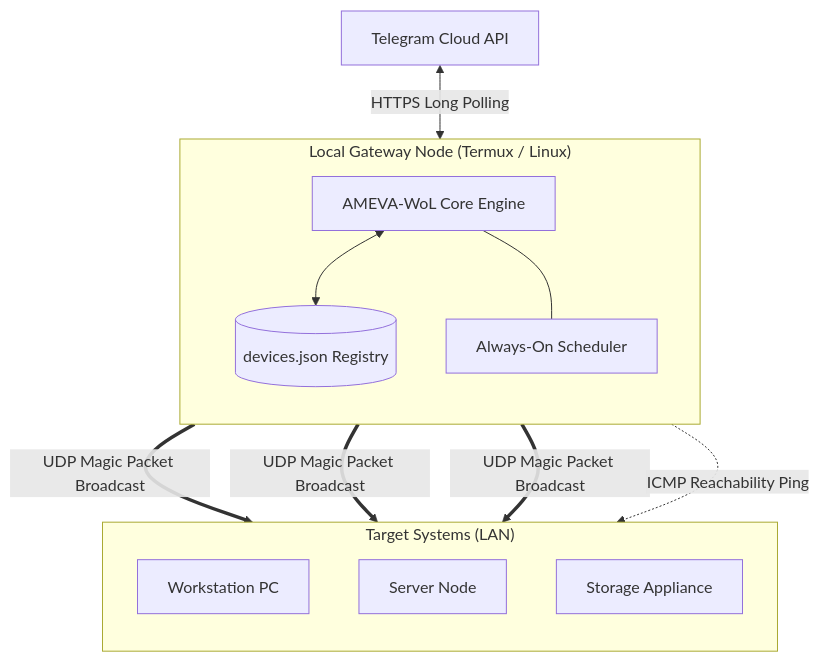
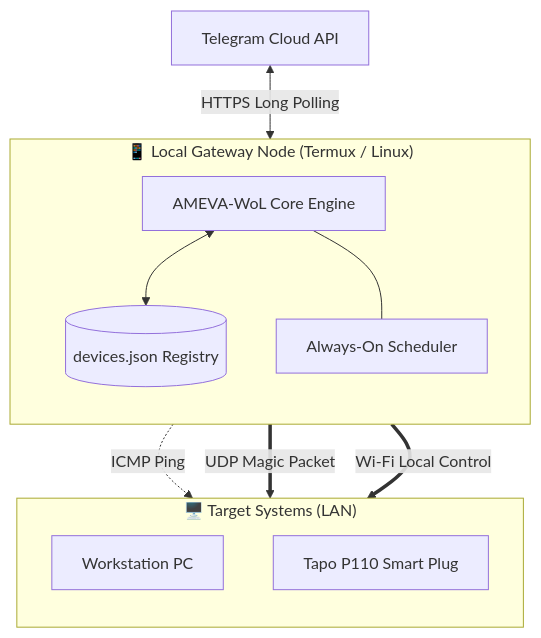
One commit to uno-km/AMEVA-WoL changed the diagram in README.md. Above: the diagram before and after it, drawn with Mermaid. The commit also changed other lines of this file and 7 other files, not shown here.

````diff
--- a/README.md
+++ b/README.md
@@ -32,27 +34,25 @@
 ```mermaid
 flowchart TD
     A[Telegram Cloud API]
 
-    subgraph Gateway ["Local Gateway Node (Termux / Linux)"]
+    subgraph Gateway ["📱 Local Gateway Node (Termux / Linux)"]
         direction TB
         B[AMEVA-WoL Core Engine]
         C[(devices.json Registry)]
         D[Always-On Scheduler]
         
         B <--> C
         B --- D
     end
 
-    subgraph Targets ["Target Systems (LAN)"]
+    subgraph Targets ["🖥️ Target Systems (LAN)"]
         direction TB
         E[Workstation PC]
-        F[Server Node]
-        G[Storage Appliance]
+        F[Tapo P110 Smart Plug]
     end
 
     A <-->|HTTPS Long Polling| B
-    D -.->|ICMP Reachability Ping| Targets
-    B ==>|UDP Magic Packet Broadcast| E
-    B ==>|UDP Magic Packet Broadcast| F
-    B ==>|UDP Magic Packet Broadcast| G
+    D -.->|ICMP Ping| E
+    B ==>|UDP Magic Packet| E
+    B ==>|Wi-Fi Local Control| F
 ```
````
